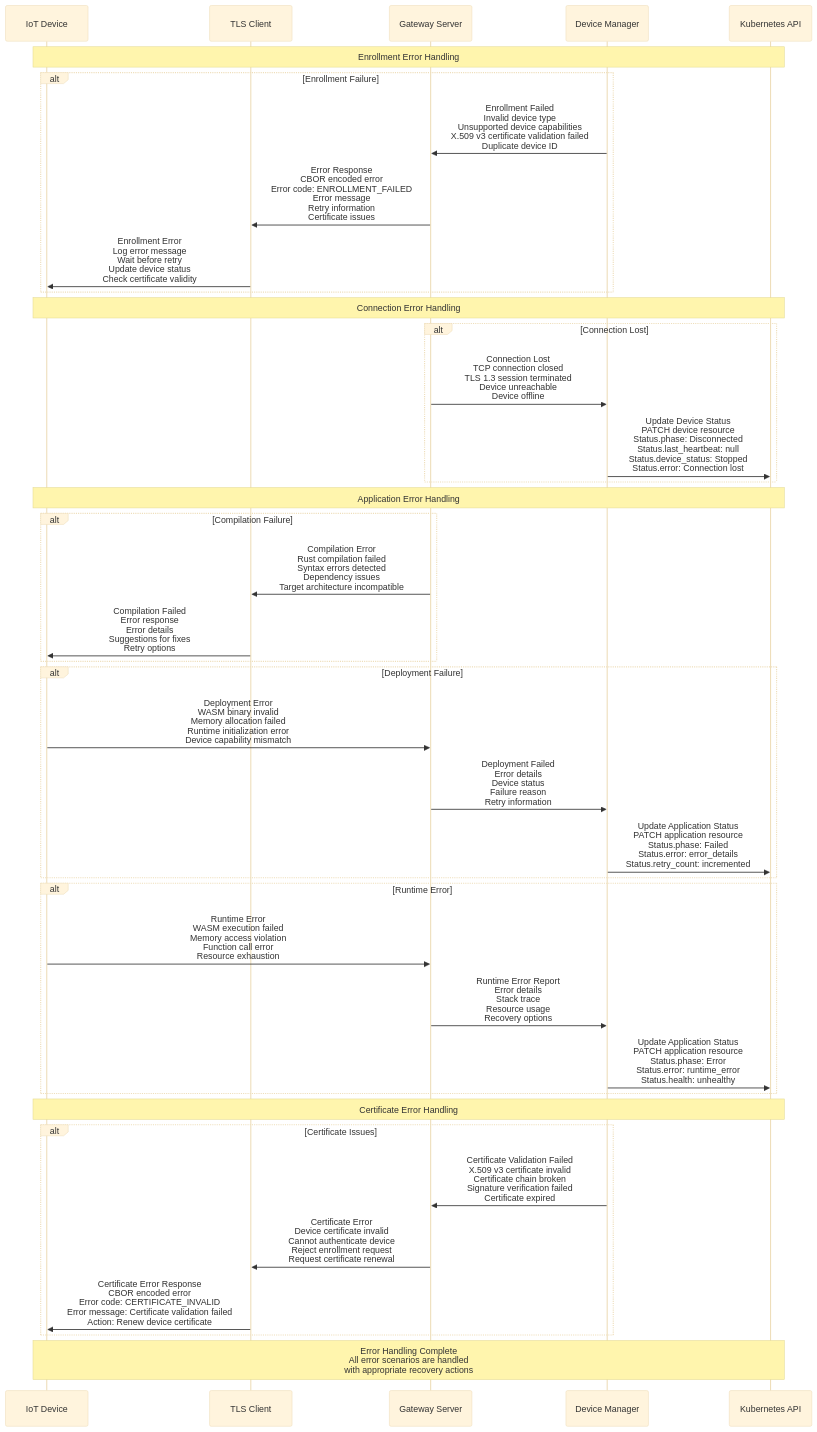
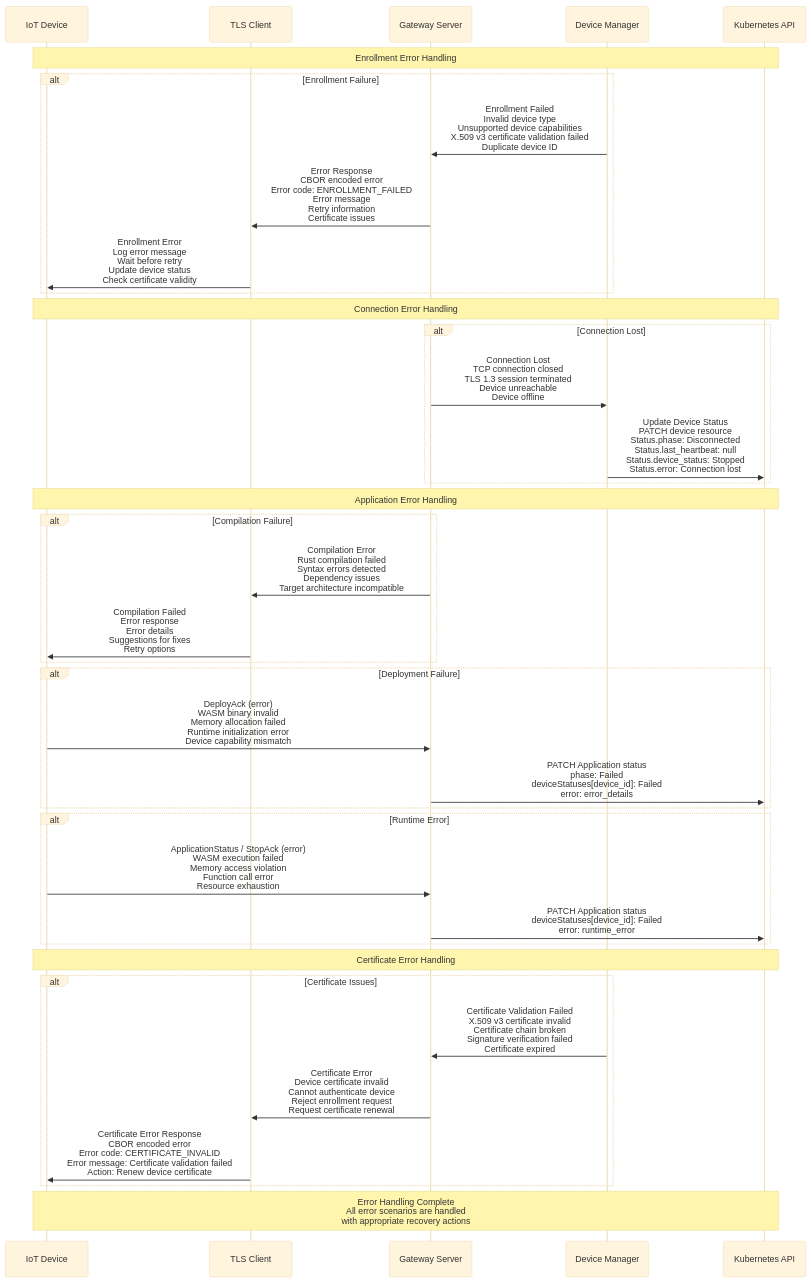
One commit to lucadagati/retrospect changed diagram 13 of 13 in doc/SEQUENCE_DIAGRAMS.md. Above: the diagram before and after it, drawn with Mermaid (base theme). The commit also changed other lines of this file and 39 other files, not shown here.

````diff
--- a/doc/SEQUENCE_DIAGRAMS.md
+++ b/doc/SEQUENCE_DIAGRAMS.md
@@ -543,52 +553,50 @@
 ```mermaid
 sequenceDiagram
     participant MCU as IoT Device
     participant TLS_CLIENT as TLS Client
     participant GATEWAY as Gateway Server
     participant DEVICE_MGR as Device Manager
     participant K8S_API as Kubernetes API
 
     Note over MCU,K8S_API: Enrollment Error Handling
 
     alt Enrollment Failure
         DEVICE_MGR->>GATEWAY: Enrollment Failed<br/>Invalid device type<br/>Unsupported device capabilities<br/>X.509 v3 certificate validation failed<br/>Duplicate device ID
         GATEWAY->>TLS_CLIENT: Error Response<br/>CBOR encoded error<br/>Error code: ENROLLMENT_FAILED<br/>Error message<br/>Retry information<br/>Certificate issues
         TLS_CLIENT->>MCU: Enrollment Error<br/>Log error message<br/>Wait before retry<br/>Update device status<br/>Check certificate validity
     end
 
     Note over MCU,K8S_API: Connection Error Handling
 
     alt Connection Lost
         GATEWAY->>DEVICE_MGR: Connection Lost<br/>TCP connection closed<br/>TLS 1.3 session terminated<br/>Device unreachable<br/>Device offline
         DEVICE_MGR->>K8S_API: Update Device Status<br/>PATCH device resource<br/>Status.phase: Disconnected<br/>Status.last_heartbeat: null<br/>Status.device_status: Stopped<br/>Status.error: Connection lost
     end
 
     Note over MCU,K8S_API: Application Error Handling
 
     alt Compilation Failure
         GATEWAY->>TLS_CLIENT: Compilation Error<br/>Rust compilation failed<br/>Syntax errors detected<br/>Dependency issues<br/>Target architecture incompatible
         TLS_CLIENT->>MCU: Compilation Failed<br/>Error response<br/>Error details<br/>Suggestions for fixes<br/>Retry options
     end
 
     alt Deployment Failure
-        MCU->>GATEWAY: Deployment Error<br/>WASM binary invalid<br/>Memory allocation failed<br/>Runtime initialization error<br/>Device capability mismatch
-        GATEWAY->>DEVICE_MGR: Deployment Failed<br/>Error details<br/>Device status<br/>Failure reason<br/>Retry information
-        DEVICE_MGR->>K8S_API: Update Application Status<br/>PATCH application resource<br/>Status.phase: Failed<br/>Status.error: error_details<br/>Status.retry_count: incremented
+        MCU->>GATEWAY: DeployAck (error)<br/>WASM binary invalid<br/>Memory allocation failed<br/>Runtime initialization error<br/>Device capability mismatch
+        GATEWAY->>K8S_API: PATCH Application status<br/>phase: Failed<br/>deviceStatuses[device_id]: Failed<br/>error: error_details
     end
 
     alt Runtime Error
-        MCU->>GATEWAY: Runtime Error<br/>WASM execution failed<br/>Memory access violation<br/>Function call error<br/>Resource exhaustion
-        GATEWAY->>DEVICE_MGR: Runtime Error Report<br/>Error details<br/>Stack trace<br/>Resource usage<br/>Recovery options
-        DEVICE_MGR->>K8S_API: Update Application Status<br/>PATCH application resource<br/>Status.phase: Error<br/>Status.error: runtime_error<br/>Status.health: unhealthy
+        MCU->>GATEWAY: ApplicationStatus / StopAck (error)<br/>WASM execution failed<br/>Memory access violation<br/>Function call error<br/>Resource exhaustion
+        GATEWAY->>K8S_API: PATCH Application status<br/>deviceStatuses[device_id]: Failed<br/>error: runtime_error
     end
 
     Note over MCU,K8S_API: Certificate Error Handling
 
     alt Certificate Issues
         DEVICE_MGR->>GATEWAY: Certificate Validation Failed<br/>X.509 v3 certificate invalid<br/>Certificate chain broken<br/>Signature verification failed<br/>Certificate expired
         GATEWAY->>TLS_CLIENT: Certificate Error<br/>Device certificate invalid<br/>Cannot authenticate device<br/>Reject enrollment request<br/>Request certificate renewal
         TLS_CLIENT->>MCU: Certificate Error Response<br/>CBOR encoded error<br/>Error code: CERTIFICATE_INVALID<br/>Error message: Certificate validation failed<br/>Action: Renew device certificate
     end
 
     Note over MCU,K8S_API: Error Handling Complete<br/>All error scenarios are handled<br/>with appropriate recovery actions
 ```
````
